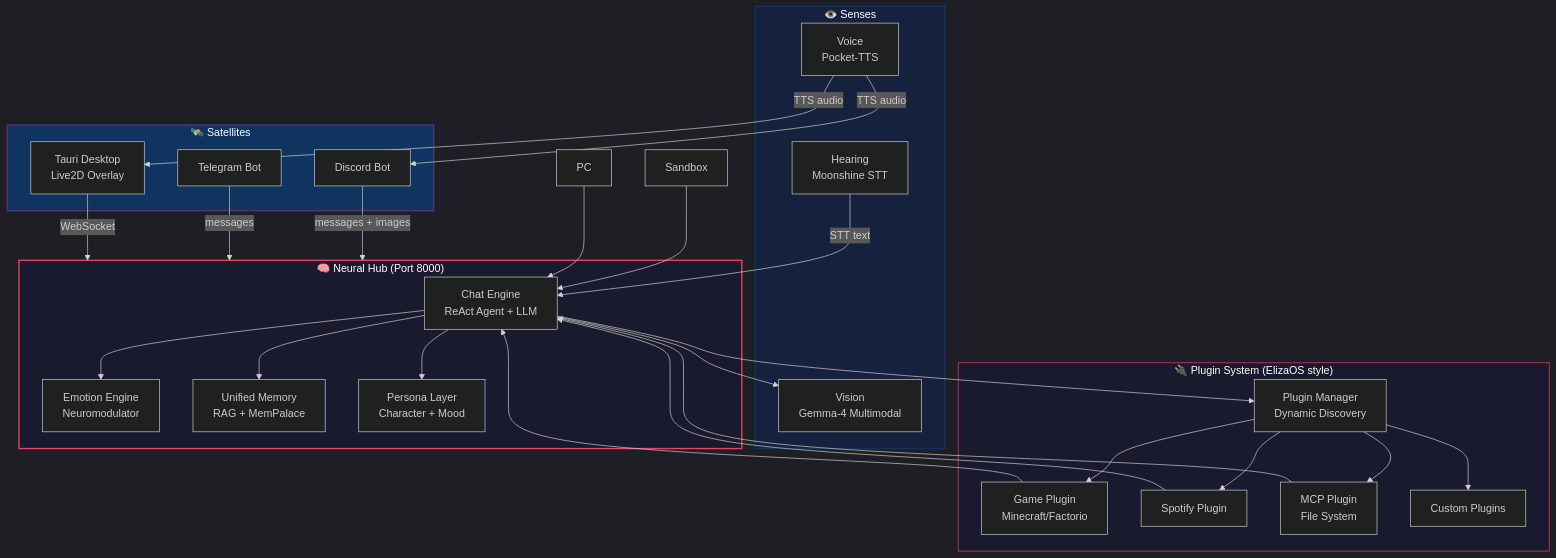
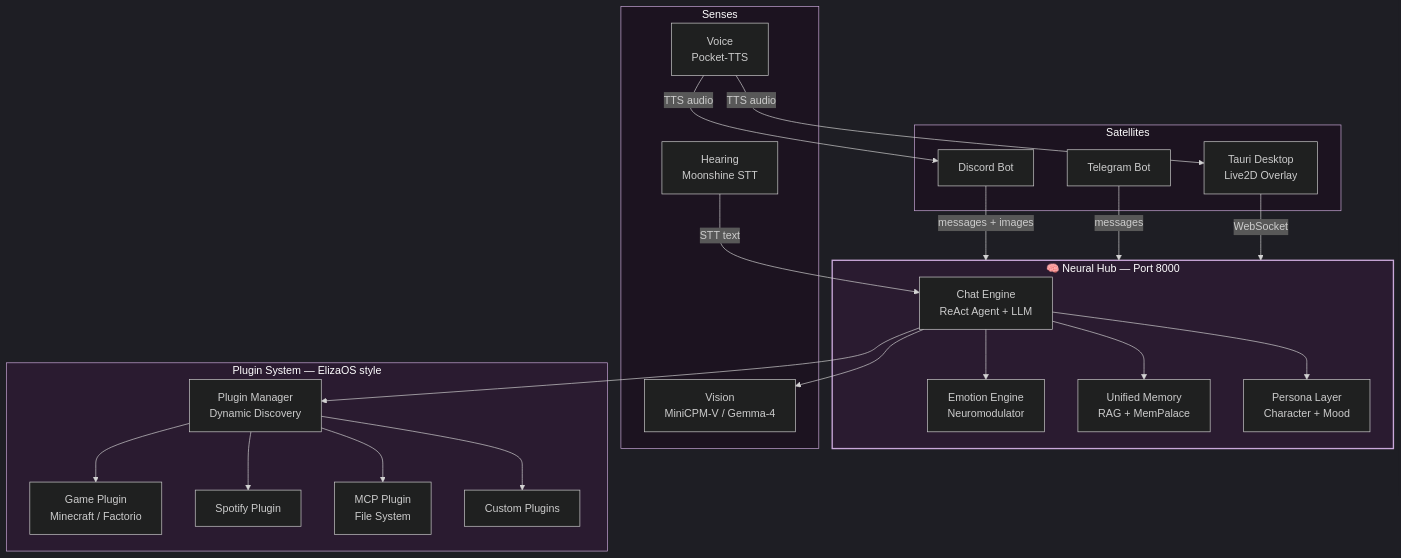
One commit to omax404/Project-Aiko changed the diagram in README.md. Above: the diagram before and after it, drawn with Mermaid. The commit also changed other lines of this file, not shown here.

````diff
--- a/README.md
+++ b/README.md
@@ -169,59 +156,53 @@
 ```mermaid
 %%{ init: { 'theme': 'dark', 'flowchart': { 'curve': 'basis' } } }%%
 flowchart TD
-    subgraph Neural["🧠 Neural Hub (Port 8000)"]
+    subgraph Neural["🧠 Neural Hub — Port 8000"]
         Brain["Chat Engine<br/>ReAct Agent + LLM"]
         Emotion["Emotion Engine<br/>Neuromodulator"]
         Memory["Unified Memory<br/>RAG + MemPalace"]
         Persona["Persona Layer<br/>Character + Mood"]
     end
 
-    subgraph Senses["👁️ Senses"]
-        Vision["Vision<br/>Gemma-4 Multimodal"]
+    subgraph Senses["Senses"]
+        Vision["Vision<br/>MiniCPM-V / Gemma-4"]
         Hearing["Hearing<br/>Moonshine STT"]
         Voice["Voice<br/>Pocket-TTS"]
     end
 
-    subgraph Satellites["🛰️ Satellites"]
+    subgraph Satellites["Satellites"]
         Discord["Discord Bot"]
         Telegram["Telegram Bot"]
         Desktop["Tauri Desktop<br/>Live2D Overlay"]
     end
 
-    subgraph Plugins["🔌 Plugin System (ElizaOS style)"]
+    subgraph Plugins["Plugin System — ElizaOS style"]
         PluginMgr["Plugin Manager<br/>Dynamic Discovery"]
-        Games["Game Plugin<br/>Minecraft/Factorio"]
+        Games["Game Plugin<br/>Minecraft / Factorio"]
         Spotify["Spotify Plugin"]
         MCP["MCP Plugin<br/>File System"]
         Custom["Custom Plugins"]
     end
 
-    Discord -->|"messages + images"| Neural
-    Telegram -->|"messages"| Neural
-    Desktop -->|"WebSocket"| Neural
+    Discord -->|messages + images| Neural
+    Telegram -->|messages| Neural
+    Desktop -->|WebSocket| Neural
 
     Brain --> Memory
     Brain --> Emotion
     Brain --> Persona
     Brain --> Vision
     Brain --> PluginMgr
     PluginMgr --> Games
     PluginMgr --> Spotify
     PluginMgr --> MCP
     PluginMgr --> Custom
 
-    Voice -->|"TTS audio"| Discord
-    Voice -->|"TTS audio"| Desktop
-    Hearing -->|"STT text"| Brain
+    Voice -->|TTS audio| Discord
+    Voice -->|TTS audio| Desktop
+    Hearing -->|STT text| Brain
 
-    MCP --> Brain
-    Sandbox --> Brain
-    PC --> Brain
-    Games --> Brain
-    Spotify --> Brain
-
-    style Neural fill:#1a1a2e,stroke:#e94560,stroke-width:2px,color:#fff
-    style Senses fill:#16213e,stroke:#0f3460,stroke-width:2px,color:#fff
-    style Satellites fill:#0f3460,stroke:#533483,stroke-width:2px,color:#fff
-    style Plugins fill:#1a1a2e,stroke:#e94560,stroke-width:1px,color:#fff
+    style Neural fill:#2A1B30,stroke:#C9A8D9,stroke-width:2px,color:#fff
+    style Senses fill:#1C1320,stroke:#C9A8D9,stroke-width:1px,color:#fff
+    style Satellites fill:#1C1320,stroke:#C9A8D9,stroke-width:1px,color:#fff
+    style Plugins fill:#2A1B30,stroke:#C9A8D9,stroke-width:1px,color:#fff
 ```
````
